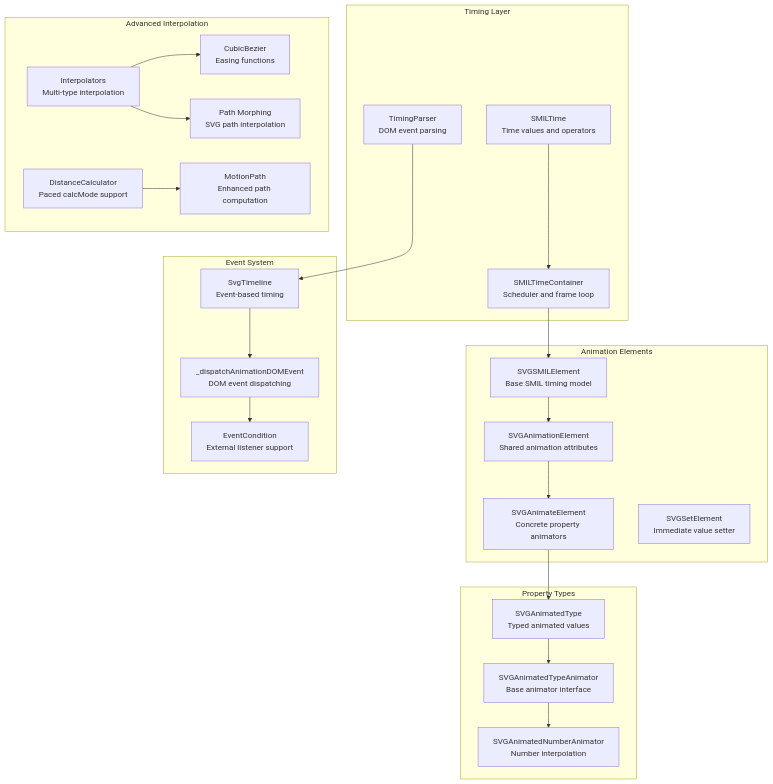
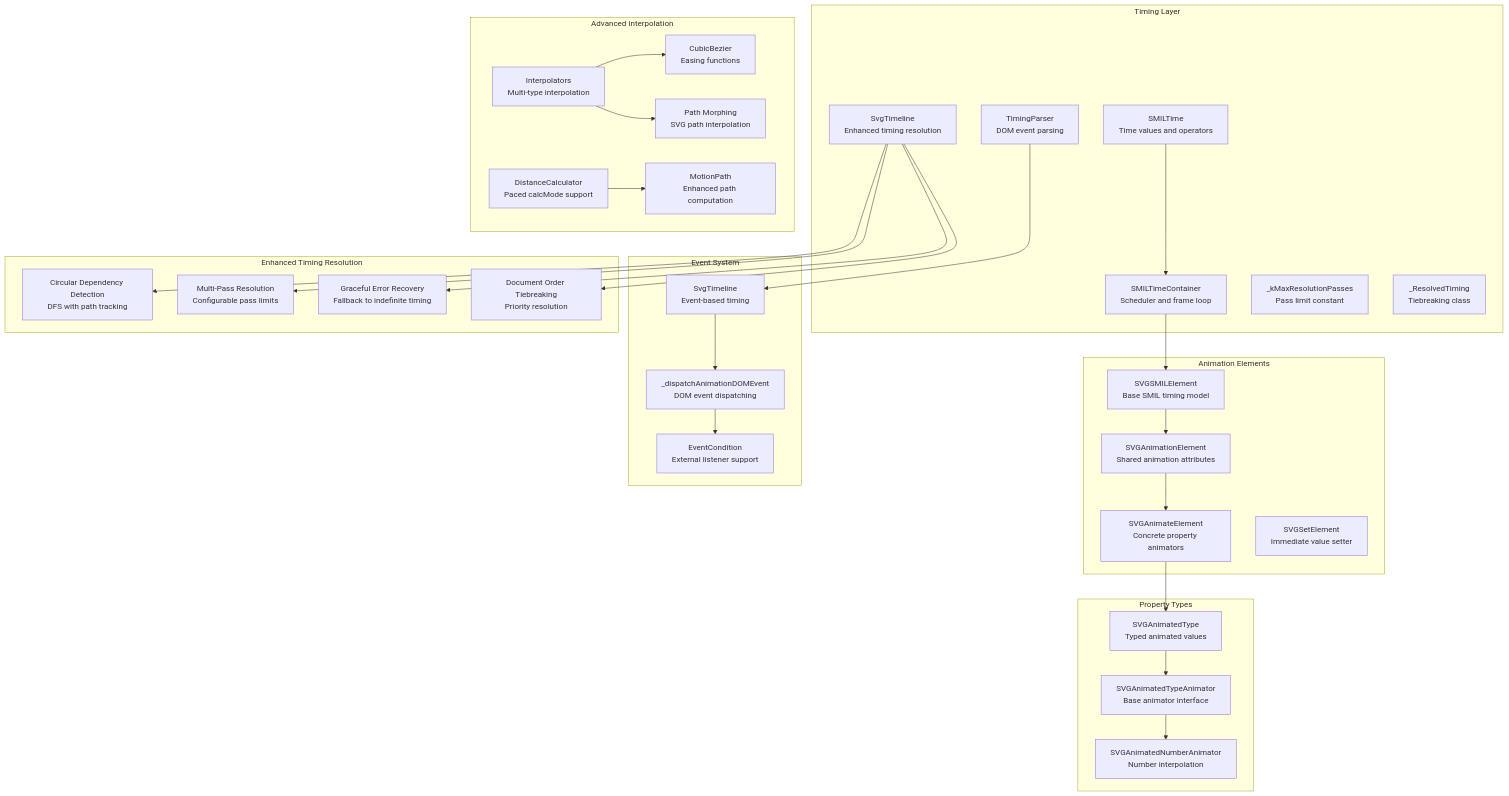
The first of 17 diagrams in .qoder/repowiki/en/content/Animated SVG Support/SMIL Animation Specification/Improved SMIL Animation Runtime.md (denisnadey/flutter_full_svg_support), drawn with Mermaid before and after one commit. The commit also changed other lines of this file and 40 other files, not shown here.

````diff
--- a/.qoder/repowiki/en/content/Animated SVG Support/SMIL Animation Specification/Improved SMIL Animation Runtime.md
+++ b/.qoder/repowiki/en/content/Animated SVG Support/SMIL Animation Specification/Improved SMIL Animation Runtime.md
@@ -69,44 +76,57 @@
 ```mermaid
 graph TB
 subgraph "Timing Layer"
 A["SMILTime<br/>Time values and operators"]
 B["SMILTimeContainer<br/>Scheduler and frame loop"]
 E["TimingParser<br/>DOM event parsing"]
+F["SvgTimeline<br/>Enhanced timing resolution"]
+G["_kMaxResolutionPasses<br/>Pass limit constant"]
+H["_ResolvedTiming<br/>Tiebreaking class"]
 end
 subgraph "Animation Elements"
 C["SVGSMILElement<br/>Base SMIL timing model"]
 D["SVGAnimationElement<br/>Shared animation attributes"]
-F["SVGAnimateElement<br/>Concrete property animators"]
-G["SVGSetElement<br/>Immediate value setter"]
+F1["SVGAnimateElement<br/>Concrete property animators"]
+F2["SVGSetElement<br/>Immediate value setter"]
 end
 subgraph "Event System"
-H["SvgTimeline<br/>Event-based timing"]
-I["_dispatchAnimationDOMEvent<br/>DOM event dispatching"]
-J["EventCondition<br/>External listener support"]
+I["SvgTimeline<br/>Event-based timing"]
+J["_dispatchAnimationDOMEvent<br/>DOM event dispatching"]
+K["EventCondition<br/>External listener support"]
 end
 subgraph "Property Types"
-K["SVGAnimatedType<br/>Typed animated values"]
-L["SVGAnimatedTypeAnimator<br/>Base animator interface"]
-M["SVGAnimatedNumberAnimator<br/>Number interpolation"]
+L["SVGAnimatedType<br/>Typed animated values"]
+M["SVGAnimatedTypeAnimator<br/>Base animator interface"]
+N["SVGAnimatedNumberAnimator<br/>Number interpolation"]
 end
 subgraph "Advanced Interpolation"
-N["Interpolators<br/>Multi-type interpolation"]
-O["CubicBezier<br/>Easing functions"]
-P["Path Morphing<br/>SVG path interpolation"]
-Q["DistanceCalculator<br/>Paced calcMode support"]
-R["MotionPath<br/>Enhanced path computation"]
+O["Interpolators<br/>Multi-type interpolation"]
+P["CubicBezier<br/>Easing functions"]
+Q["Path Morphing<br/>SVG path interpolation"]
+R["DistanceCalculator<br/>Paced calcMode support"]
+S["MotionPath<br/>Enhanced path computation"]
+end
+subgraph "Enhanced Timing Resolution"
+T["Circular Dependency Detection<br/>DFS with path tracking"]
+U["Multi-Pass Resolution<br/>Configurable pass limits"]
+V["Graceful Error Recovery<br/>Fallback to indefinite timing"]
+W["Document Order Tiebreaking<br/>Priority resolution"]
 end
 A --> B
 B --> C
 C --> D
-D --> F
-F --> K
-K --> L
+D --> F1
+F1 --> L
 L --> M
-E --> H
-H --> I
+M --> N
+E --> I
 I --> J
-N --> O
-N --> P
-Q --> R
+J --> K
+O --> P
+O --> Q
+R --> S
+F --> T
+F --> U
+F --> V
+F --> W
 ```
````
